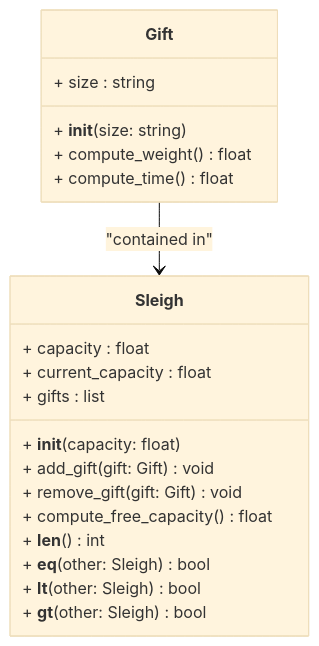
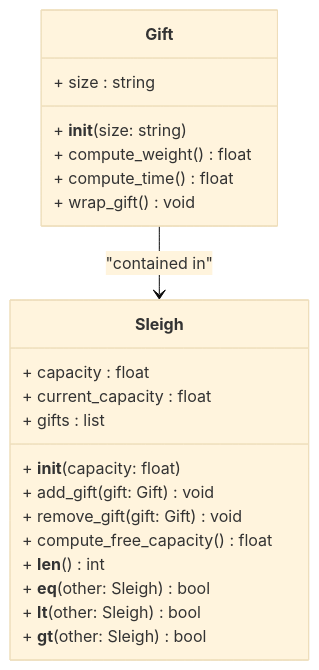
Before and after one commit to aldevgen/aldevgen.github.io: the first of 2 diagrams in _formations/oop/2_dunder.md, drawn with Mermaid (base theme). The commit also changed other lines of this file, not shown here.

Commit message:
Wrap gift and add point add/sub methods

````diff
--- a/_formations/oop/2_dunder.md
+++ b/_formations/oop/2_dunder.md
@@ -26,26 +26,27 @@
 ```mermaid
 classDiagram
     class Gift {
         + size : string
         + __init__(size: string)
         + compute_weight() float
         + compute_time() float
+        + wrap_gift() void
     }
 
     class Sleigh {
         + capacity : float
         + current_capacity : float
         + gifts : list
         + __init__(capacity: float)
         + add_gift(gift: Gift) void
         + remove_gift(gift: Gift) void
         + compute_free_capacity() float
         + __len__() int
         + __eq__(other: Sleigh) bool
         + __lt__(other: Sleigh) bool
         + __gt__(other: Sleigh) bool
     }
 
     Gift --> Sleigh : "contained in"
 
 ```
````
